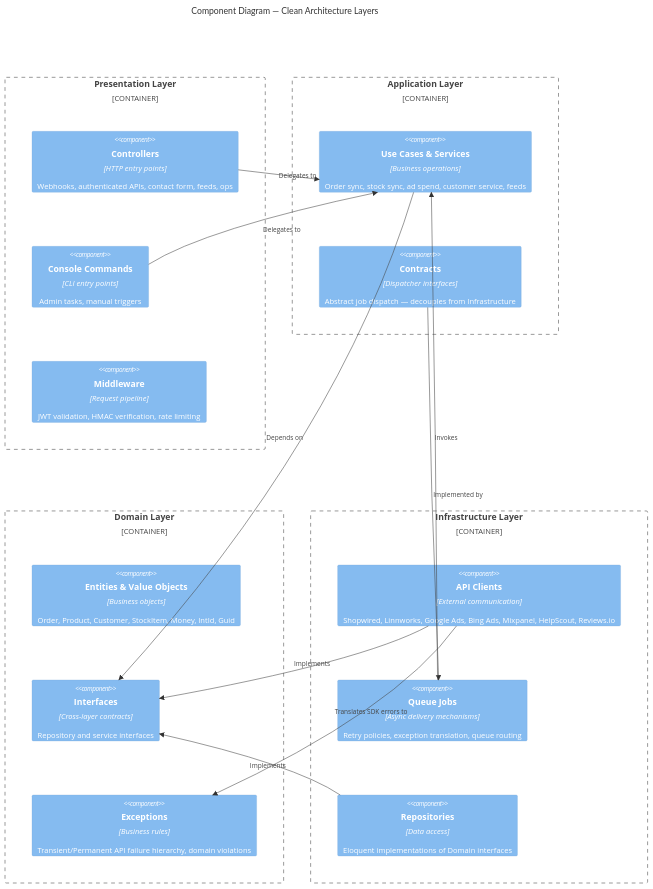
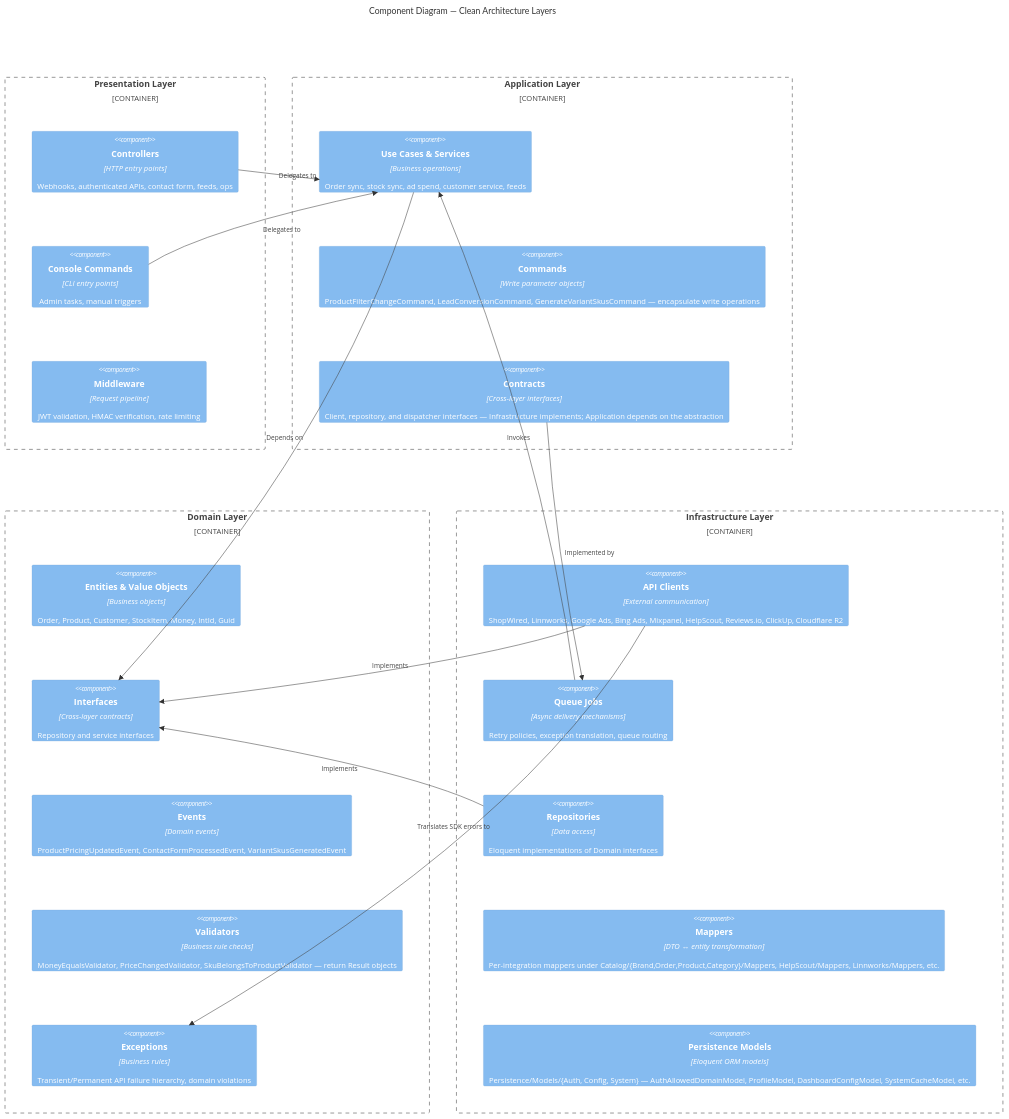
The third of 7 diagrams in docs/architecture-overview.md (alzproducts/alz-core), drawn with Mermaid before and after one commit. The commit also changed other lines of this file, not shown here.

First line of the commit message:
docs: sync architecture overview with README for public release (COR-155)

````diff
--- a/docs/architecture-overview.md
+++ b/docs/architecture-overview.md
@@ -105,36 +109,41 @@
 ```mermaid
 C4Component
     title Component Diagram — Clean Architecture Layers
 
     Container_Boundary(presentation, "Presentation Layer") {
         Component(controllers, "Controllers", "HTTP entry points", "Webhooks, authenticated APIs, contact form, feeds, ops")
         Component(commands, "Console Commands", "CLI entry points", "Admin tasks, manual triggers")
         Component(middleware, "Middleware", "Request pipeline", "JWT validation, HMAC verification, rate limiting")
     }
 
     Container_Boundary(application, "Application Layer") {
         Component(usecases, "Use Cases & Services", "Business operations", "Order sync, stock sync, ad spend, customer service, feeds")
-        Component(contracts, "Contracts", "Dispatcher interfaces", "Abstract job dispatch — decouples from Infrastructure")
+        Component(appcommands, "Commands", "Write parameter objects", "ProductFilterChangeCommand, LeadConversionCommand, GenerateVariantSkusCommand — encapsulate write operations")
+        Component(contracts, "Contracts", "Cross-layer interfaces", "Client, repository, and dispatcher interfaces — Infrastructure implements; Application depends on the abstraction")
     }
 
     Container_Boundary(domain, "Domain Layer") {
         Component(entities, "Entities & Value Objects", "Business objects", "Order, Product, Customer, StockItem, Money, IntId, Guid")
         Component(domainInterfaces, "Interfaces", "Cross-layer contracts", "Repository and service interfaces")
+        Component(events, "Events", "Domain events", "ProductPricingUpdatedEvent, ContactFormProcessedEvent, VariantSkusGeneratedEvent")
+        Component(validators, "Validators", "Business rule checks", "MoneyEqualsValidator, PriceChangedValidator, SkuBelongsToProductValidator — return Result objects")
         Component(exceptions, "Exceptions", "Business rules", "Transient/Permanent API failure hierarchy, domain violations")
     }
 
     Container_Boundary(infrastructure, "Infrastructure Layer") {
-        Component(clients, "API Clients", "External communication", "Shopwired, Linnworks, Google Ads, Bing Ads, Mixpanel, HelpScout, Reviews.io")
+        Component(clients, "API Clients", "External communication", "ShopWired, Linnworks, Google Ads, Bing Ads, Mixpanel, HelpScout, Reviews.io, ClickUp, Cloudflare R2")
         Component(jobs, "Queue Jobs", "Async delivery mechanisms", "Retry policies, exception translation, queue routing")
         Component(repos, "Repositories", "Data access", "Eloquent implementations of Domain interfaces")
+        Component(mappers, "Mappers", "DTO ↔ entity transformation", "Per-integration mappers under Catalog/{Brand,Order,Product,Category}/Mappers, HelpScout/Mappers, Linnworks/Mappers, etc.")
+        Component(models, "Persistence Models", "Eloquent ORM models", "Persistence/Models/{Auth, Config, System} — AuthAllowedDomainModel, ProfileModel, DashboardConfigModel, SystemCacheModel, etc.")
     }
 
     Rel(controllers, usecases, "Delegates to")
     Rel(commands, usecases, "Delegates to")
     Rel(usecases, domainInterfaces, "Depends on")
     Rel(contracts, jobs, "Implemented by")
     Rel(clients, domainInterfaces, "Implements")
     Rel(repos, domainInterfaces, "Implements")
     Rel(jobs, usecases, "Invokes")
     Rel(clients, exceptions, "Translates SDK errors to")
 ```
````
